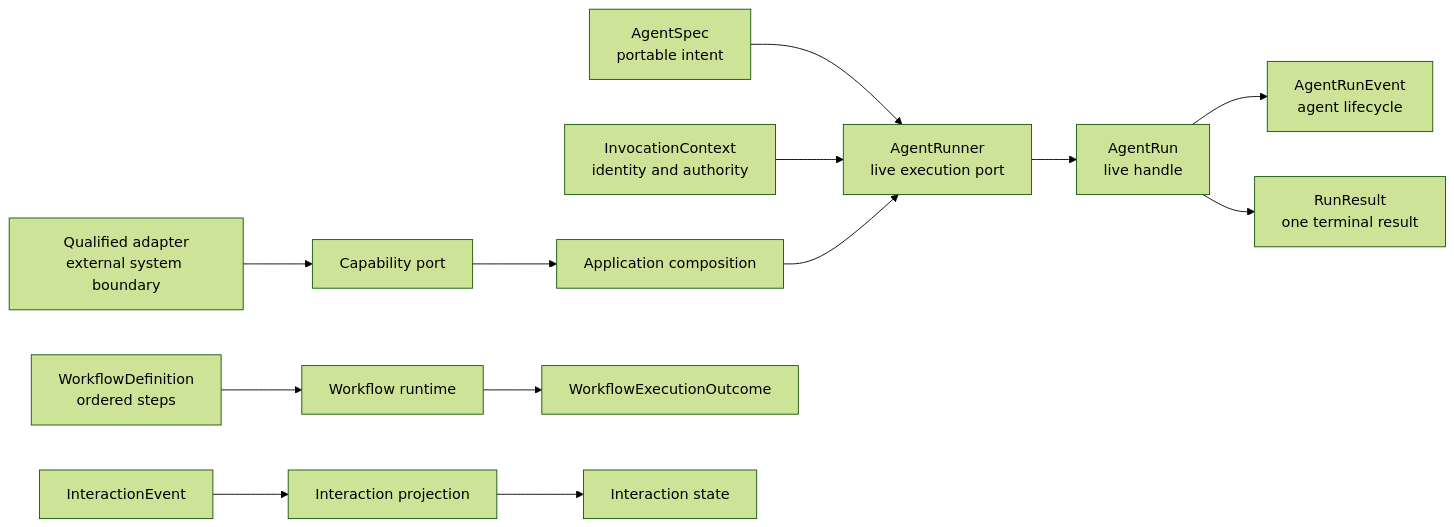
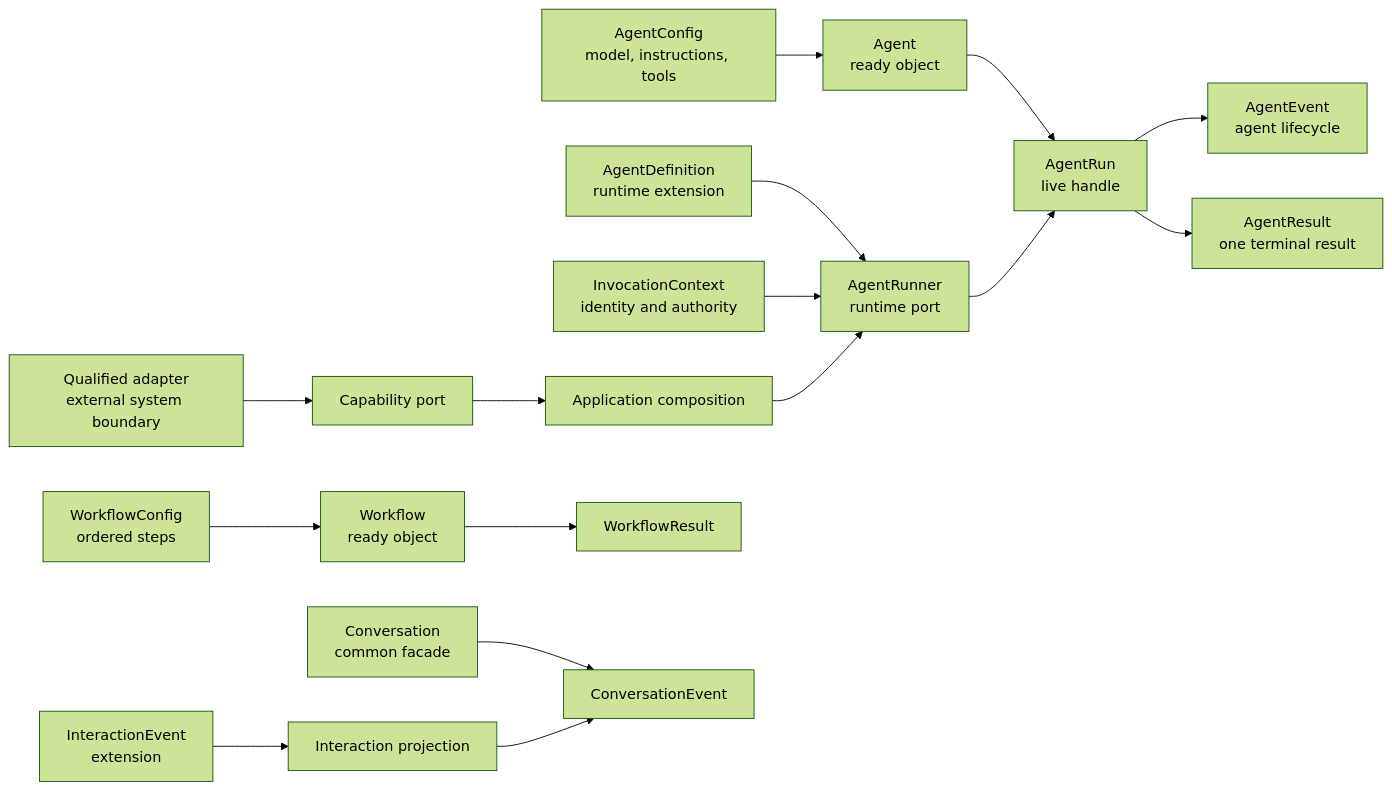
The first of 2 diagrams in docs/guide/core-concepts.md (theGeekist/llm-core), drawn with Mermaid (forest theme) before and after one commit. The commit also changed other lines of this file and 203 other files, not shown here.

````diff
--- a/docs/guide/core-concepts.md
+++ b/docs/guide/core-concepts.md
@@ -23,17 +22,21 @@
 ```mermaid
 flowchart LR
-    Spec["AgentSpec<br/>portable intent"] --> Runner["AgentRunner<br/>live execution port"]
+    AgentConfig["AgentConfig<br/>model, instructions, tools"] --> Agent["Agent<br/>ready object"]
+    Agent --> Run["AgentRun<br/>live handle"]
+    Run --> AgentEvents["AgentEvent<br/>agent lifecycle"]
+    Run --> Result["AgentResult<br/>one terminal result"]
+
+    Definition["AgentDefinition<br/>runtime extension"] --> Runner["AgentRunner<br/>runtime port"]
     Context["InvocationContext<br/>identity and authority"] --> Runner
     Adapter["Qualified adapter<br/>external system boundary"] --> Port["Capability port"]
     Port --> Composition["Application composition"]
     Composition --> Runner
-    Runner --> Run["AgentRun<br/>live handle"]
-    Run --> AgentEvents["AgentRunEvent<br/>agent lifecycle"]
-    Run --> Result["RunResult<br/>one terminal result"]
+    Runner --> Run
 
-    Definition["WorkflowDefinition<br/>ordered steps"] --> Runtime["Workflow runtime"]
-    Runtime --> Outcome["WorkflowExecutionOutcome"]
+    Config["WorkflowConfig<br/>ordered steps"] --> Workflow["Workflow<br/>ready object"]
+    Workflow --> Outcome["WorkflowResult"]
 
-    Canonical["InteractionEvent"] --> Projection["Interaction projection"]
-    Projection --> State["Interaction state"]
+    Conversation["Conversation<br/>common facade"] --> ConversationEvent["ConversationEvent"]
+    Canonical["InteractionEvent<br/>extension"] --> Projection["Interaction projection"]
+    Projection --> ConversationEvent
 ```
````
